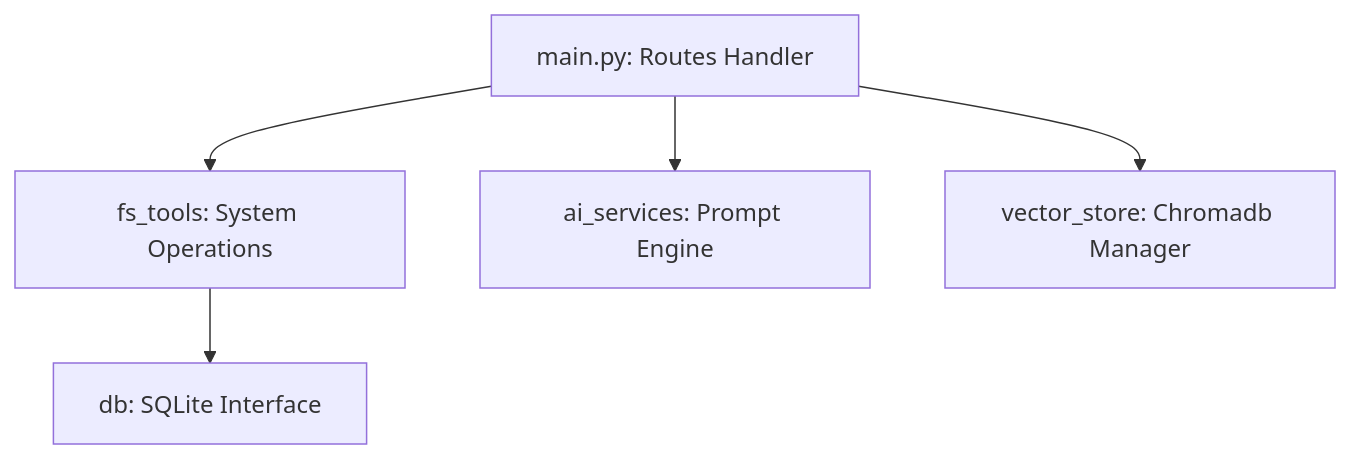
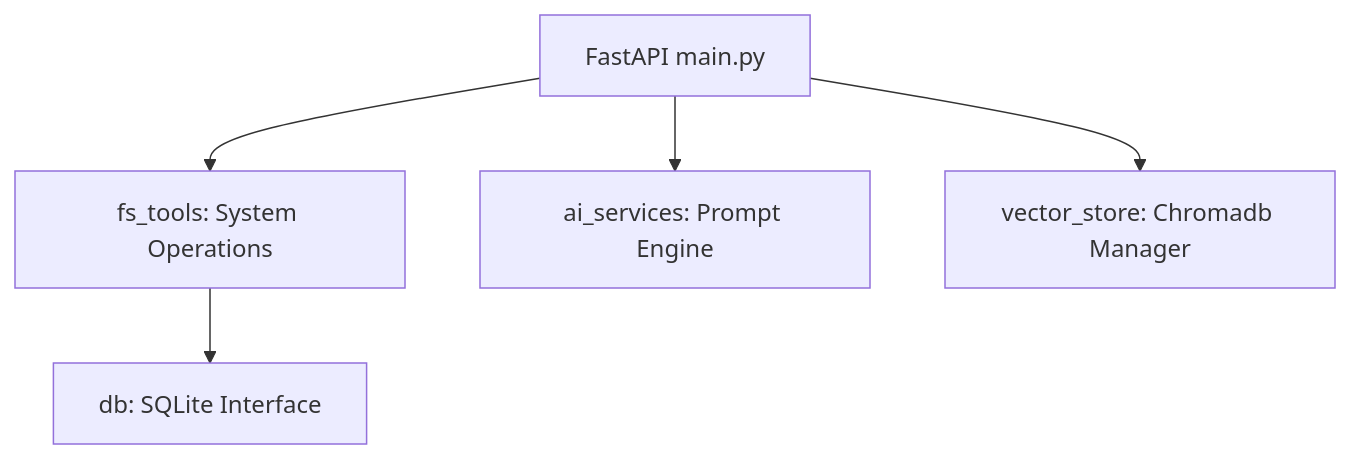
One commit to bittush8789/AI-File-System-MCP-Server changed the second of 2 diagrams in README.md. Above: the diagram before and after it, drawn with Mermaid. The commit also changed other lines of this file, not shown here.

Commit message:
Simplify README.md to keep only essential project guidelines and architecture diagrams

````diff
--- a/README.md
+++ b/README.md
@@ -134,7 +40,7 @@
 ```mermaid
 graph TD
-    main.py[main.py: Routes Handler] --> fs_tools[fs_tools: System Operations]
+    main.py[FastAPI main.py] --> fs_tools[fs_tools: System Operations]
     main.py --> ai_services[ai_services: Prompt Engine]
     main.py --> vector_store[vector_store: Chromadb Manager]
     fs_tools --> db[db: SQLite Interface]
 ```
````
